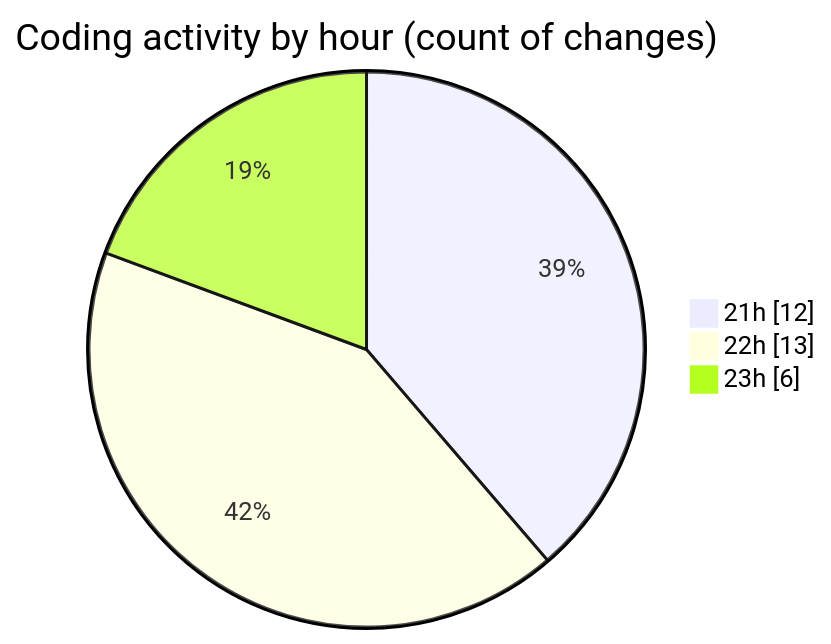
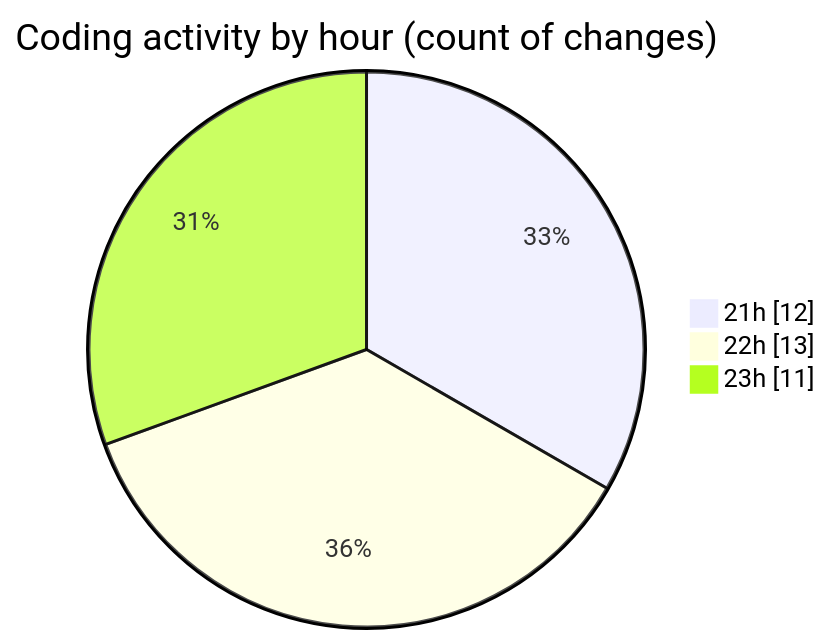
Before and after one commit to Elitesun/code-tracking: the second of 2 diagrams in 2025-03-08/elitesgpt/README.md, drawn with Mermaid. The commit also changed other lines of this file and 1 other file, not shown here.

````diff
--- a/2025-03-08/elitesgpt/README.md
+++ b/2025-03-08/elitesgpt/README.md
@@ -31,7 +31,7 @@
 ```mermaid
 pie showData
 title Coding activity by hour (count of changes)
 "21h" : 12
 "22h" : 13
-"23h" : 6
+"23h" : 11
 ```
````
